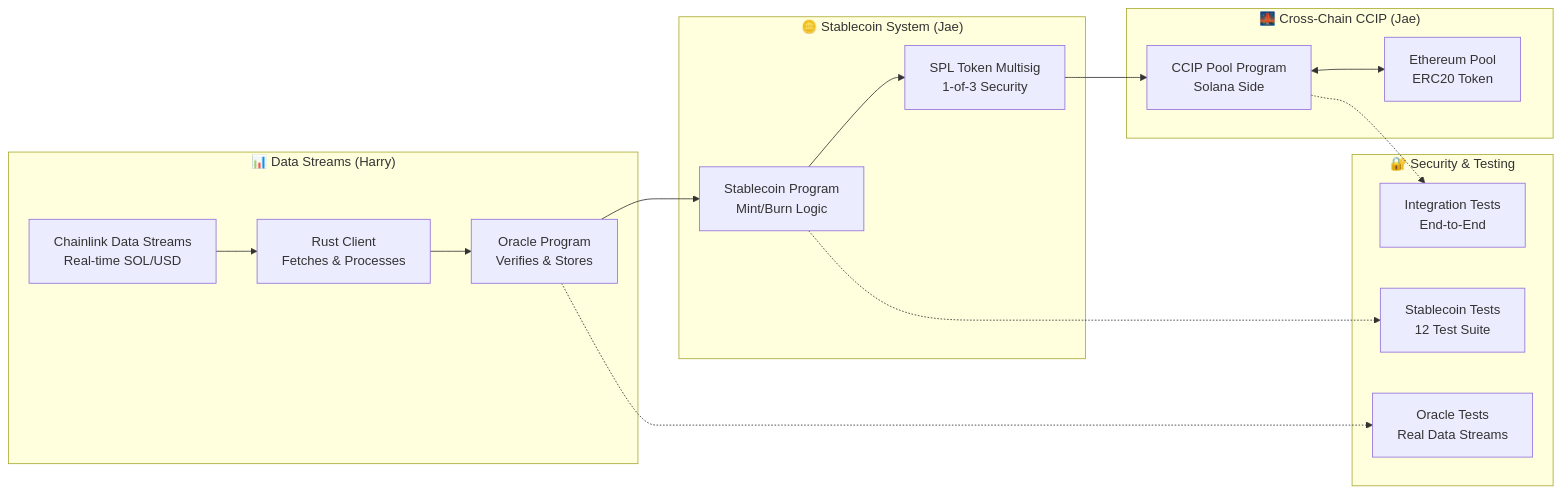
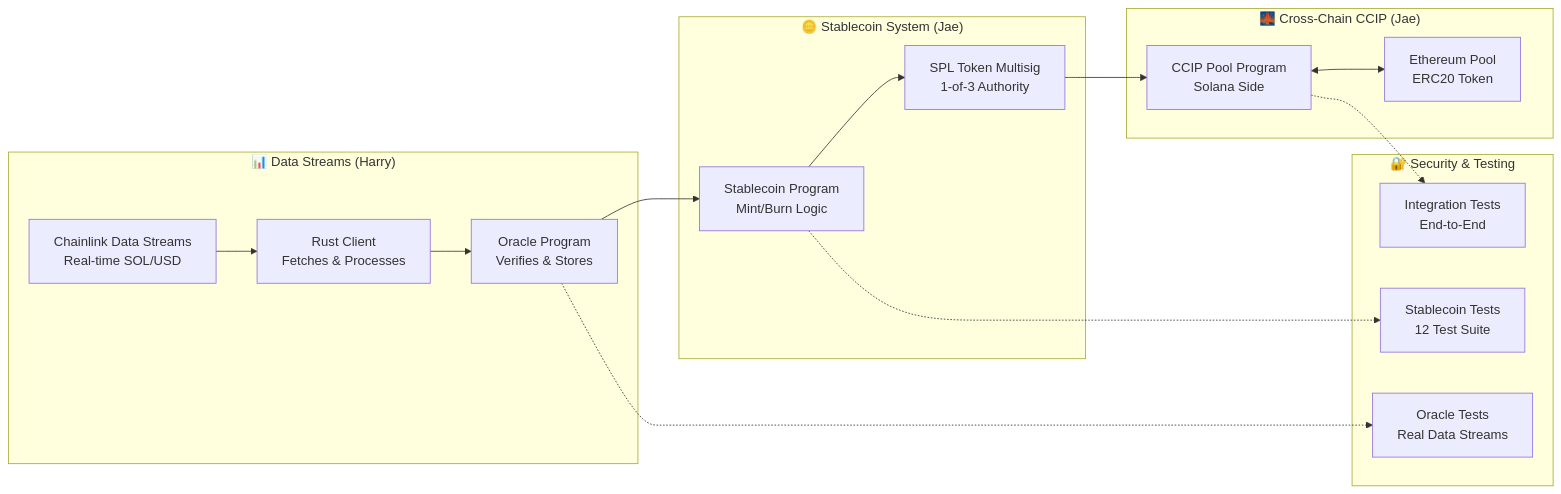
One commit to smartcontractkit/solana-stablecoin-workshop changed the diagram in README.md. Above: the diagram before and after it, drawn with Mermaid. The commit also changed other lines of this file, not shown here.

Commit message:
chore: clarify multisig as authority management not security feature

````diff
--- a/README.md
+++ b/README.md
@@ -45,36 +45,36 @@
 ```mermaid
 graph LR
     subgraph "📊 Data Streams (Harry)"
         DS[Chainlink Data Streams<br/>Real-time SOL/USD]
         OC[Rust Client<br/>Fetches & Processes]
         OP[Oracle Program<br/>Verifies & Stores]
         
         DS --> OC --> OP
     end
     
     subgraph "🪙 Stablecoin System (Jae)"
         SP[Stablecoin Program<br/>Mint/Burn Logic]
-        MS[SPL Token Multisig<br/>1-of-3 Security]
+        MS[SPL Token Multisig<br/>1-of-3 Authority]
         
         OP --> SP
         SP --> MS
     end
     
     subgraph "🌉 Cross-Chain CCIP (Jae)"
         CP[CCIP Pool Program<br/>Solana Side]
         EP[Ethereum Pool<br/>ERC20 Token]
         
         MS --> CP
         CP <--> EP
     end
     
     subgraph "🔐 Security & Testing"
         T1[Oracle Tests<br/>Real Data Streams]
         T2[Stablecoin Tests<br/>12 Test Suite]
         T3[Integration Tests<br/>End-to-End]
         
         OP -.-> T1
         SP -.-> T2
         CP -.-> T3
     end
 ```
````
